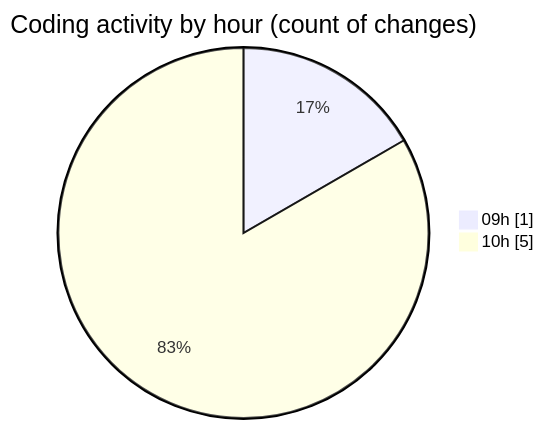
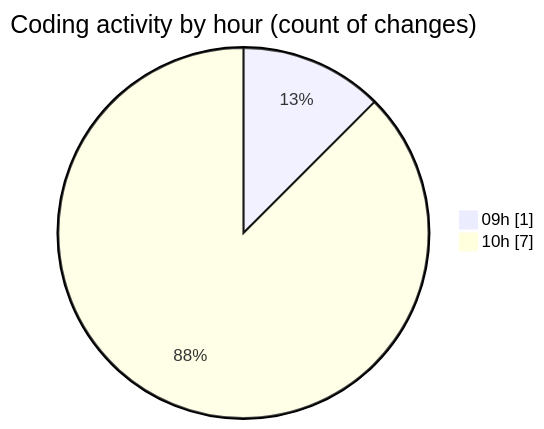
The second of 2 diagrams in 2025-05-01/ecodeli/README.md (CELIANVF/code-tracking), drawn with Mermaid before and after one commit. The commit also changed other lines of this file and 1 other file, not shown here.

````diff
--- a/2025-05-01/ecodeli/README.md
+++ b/2025-05-01/ecodeli/README.md
@@ -31,6 +33,6 @@
 ```mermaid
 pie showData
 title Coding activity by hour (count of changes)
 "09h" : 1
-"10h" : 5
+"10h" : 7
 ```
````
